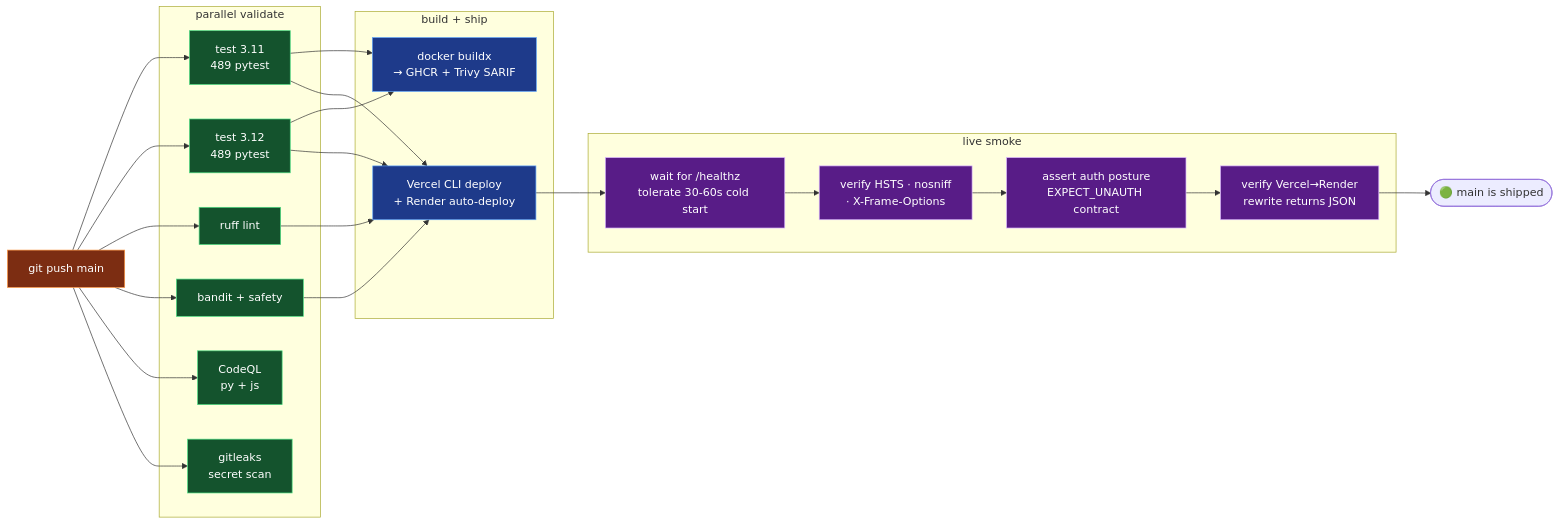
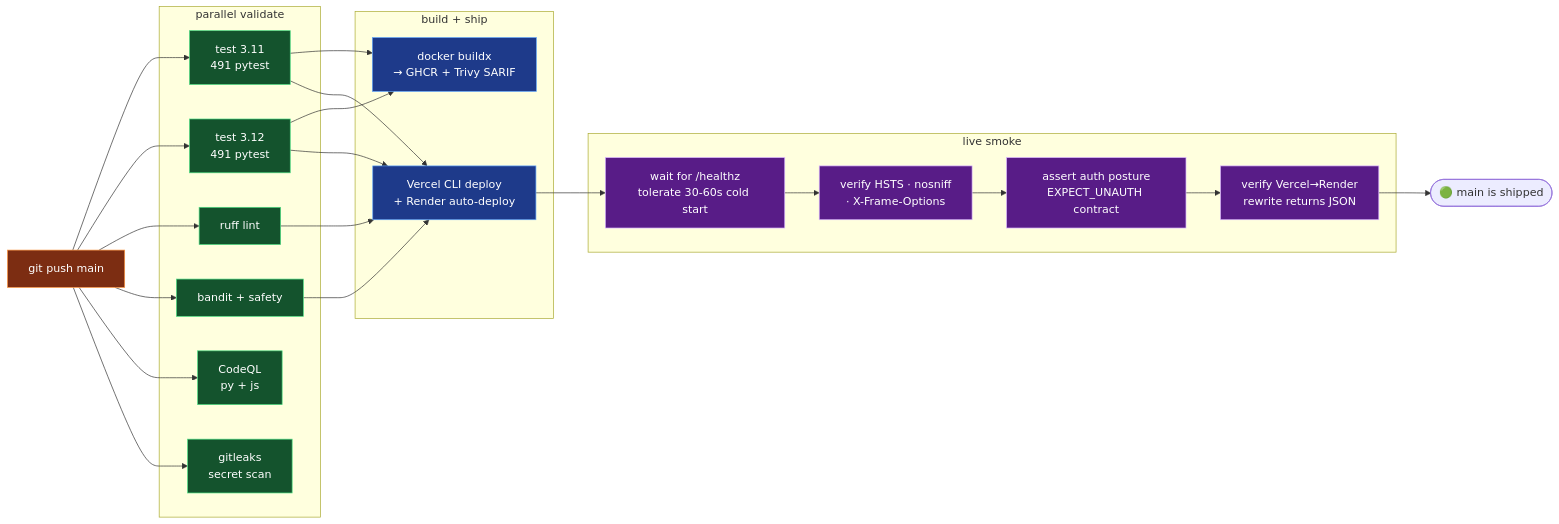
The sixth of 8 diagrams in README.md (theNeuralHorizon/quantforge), drawn with Mermaid before and after one commit. The commit also changed other lines of this file and 1 other file, not shown here.

````diff
--- a/README.md
+++ b/README.md
@@ -308,41 +308,41 @@
 ```mermaid
 graph LR
     Push[git push main]:::trigger
 
     subgraph Validate[parallel validate]
-        T11[test 3.11<br/>489 pytest]:::ci
-        T12[test 3.12<br/>489 pytest]:::ci
+        T11[test 3.11<br/>491 pytest]:::ci
+        T12[test 3.12<br/>491 pytest]:::ci
         Lint[ruff lint]:::ci
         Sec[bandit + safety]:::ci
         CQ[CodeQL<br/>py + js]:::ci
         GL[gitleaks<br/>secret scan]:::ci
     end
 
     subgraph Build[build + ship]
         Docker[docker buildx<br/>→ GHCR + Trivy SARIF]:::build
         Deploy[Vercel CLI deploy<br/>+ Render auto-deploy]:::build
     end
 
     subgraph Verify[live smoke]
         Wait[wait for /healthz<br/>tolerate 30-60s cold start]:::verify
         Hdrs[verify HSTS · nosniff<br/>· X-Frame-Options]:::verify
         Auth[assert auth posture<br/>EXPECT_UNAUTH contract]:::verify
         Proxy[verify Vercel→Render<br/>rewrite returns JSON]:::verify
     end
 
     Push --> T11 & T12 & Lint & Sec & CQ & GL
     T11 --> Docker
     T12 --> Docker
     Lint --> Deploy
     Sec --> Deploy
     T11 --> Deploy
     T12 --> Deploy
     Deploy --> Wait
     Wait --> Hdrs --> Auth --> Proxy
     Proxy --> Done([🟢 main is shipped])
 
     classDef trigger fill:#7c2d12,stroke:#fb923c,color:#fff
     classDef ci      fill:#14532d,stroke:#4ade80,color:#fff
     classDef build   fill:#1e3a8a,stroke:#60a5fa,color:#fff
     classDef verify  fill:#581c87,stroke:#d8b4fe,color:#fff
 ```
````
